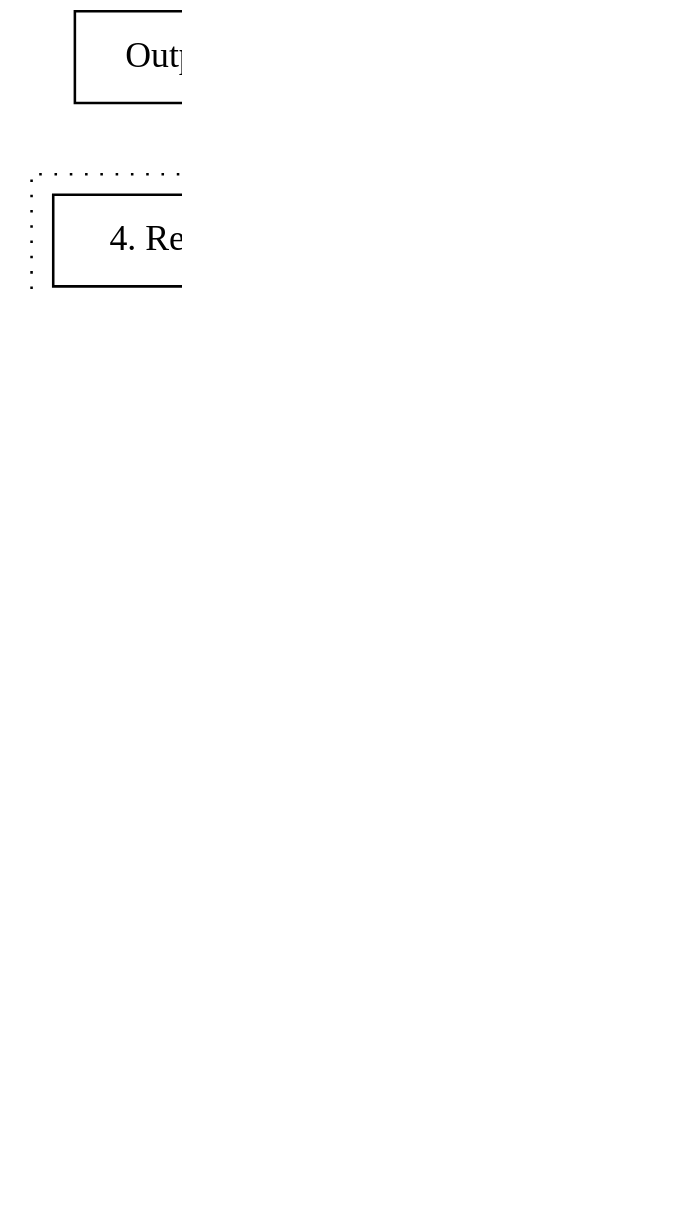
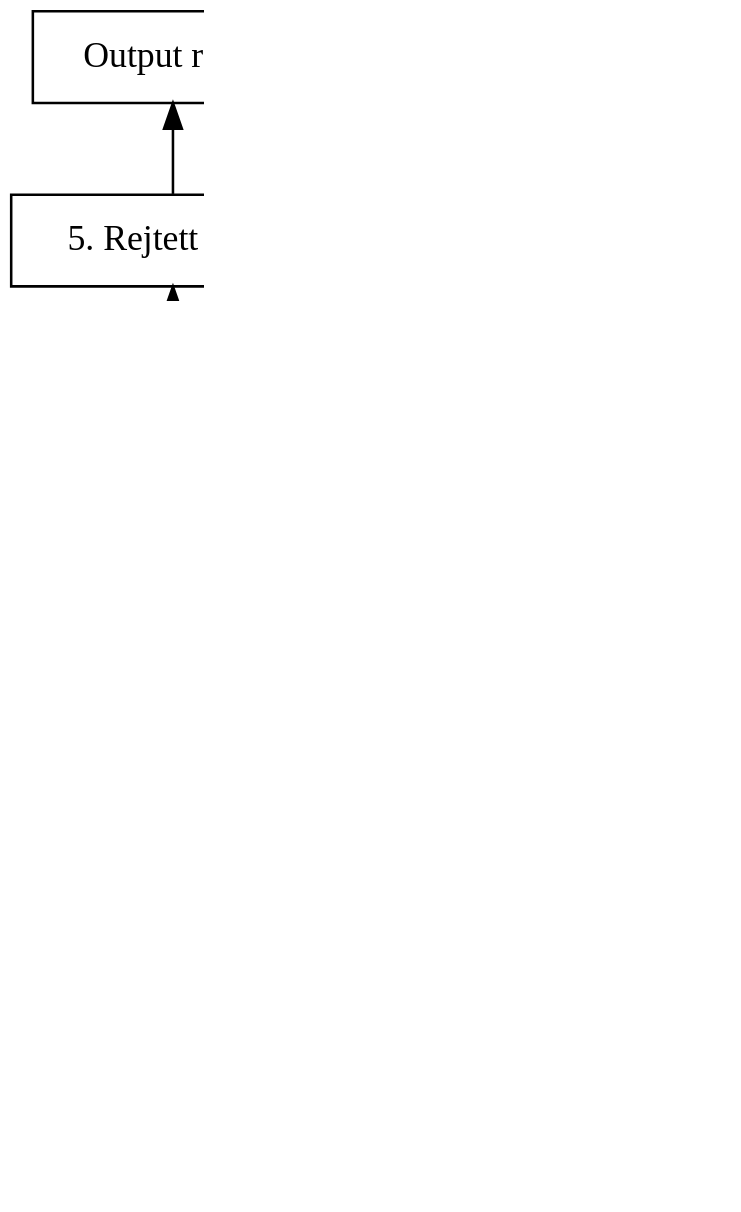
Before and after one commit to basictask/Intelligencia: the diagram in 7_dl/doc/graphs/dl_3.dot, drawn with Graphviz. The commit also changed 47 other files, not shown here.

```diff
--- a/7_dl/doc/graphs/dl_3.dot
+++ b/7_dl/doc/graphs/dl_3.dot
@@ -1,47 +1,48 @@
 digraph neural_networks {
     graph [dpi=300]
+    splines="false"
     rankdir = "BT"
 
     original_input [label="Input réteg", shape="rectangle"]
     original_h1 [label="1. Rejtett réteg", shape="rectangle"]
     original_h2 [label="2. Rejtett réteg", shape="rectangle"]
     original_h3 [label="3. Rejtett réteg", shape="rectangle"]
     original_h4 [label="4. Rejtett réteg", shape="rectangle"]
     original_h5 [label="5. Rejtett réteg", shape="rectangle"]
     original_out [label="Output réteg", shape="rectangle"]
 
     new_input [label="Input réteg", shape="rectangle"]
     subgraph cluster_1 {
         style="dotted"
         label="Fix"
         labeljust="l"
         new_h1 [label="1. Rejtett réteg", shape="rectangle"]
         new_h2 [label="2. Rejtett réteg", shape="rectangle"]
         new_h3 [label="3. Rejtett réteg", shape="rectangle"]
     }
     subgraph cluster_2 {
         style="dotted"
         label="Tanított"
         labeljust="l"
         new_h4 [label="4. Rejtett réteg", shape="rectangle"]
     }
     new_out [label="Output réteg", shape="rectangle"]
     
 
     original_input -> original_h1
     original_h1 -> original_h2
     original_h2 -> original_h3
     original_h3 -> original_h4
     original_h4 -> original_h5
     original_h5 -> original_out
 
     new_input -> new_h1
     new_h1 -> new_h2
     new_h2 -> new_h3
     new_h3 -> new_h4
     new_h4 -> new_out
 
-    original_h1 -> new_h1 [style="dashed"] 
-    original_h2 -> new_h2 [style="dashed"]
-    original_h3 -> new_h3 [style="dashed"]
+    original_h1:e -> new_h1:w [style="dashed", constraint="false", minlen=3] 
+    original_h2:e -> new_h2:w [style="dashed", constraint="false", minlen=3]
+    original_h3:e -> new_h3:w [style="dashed", constraint="false", minlen=3]
 }
```
